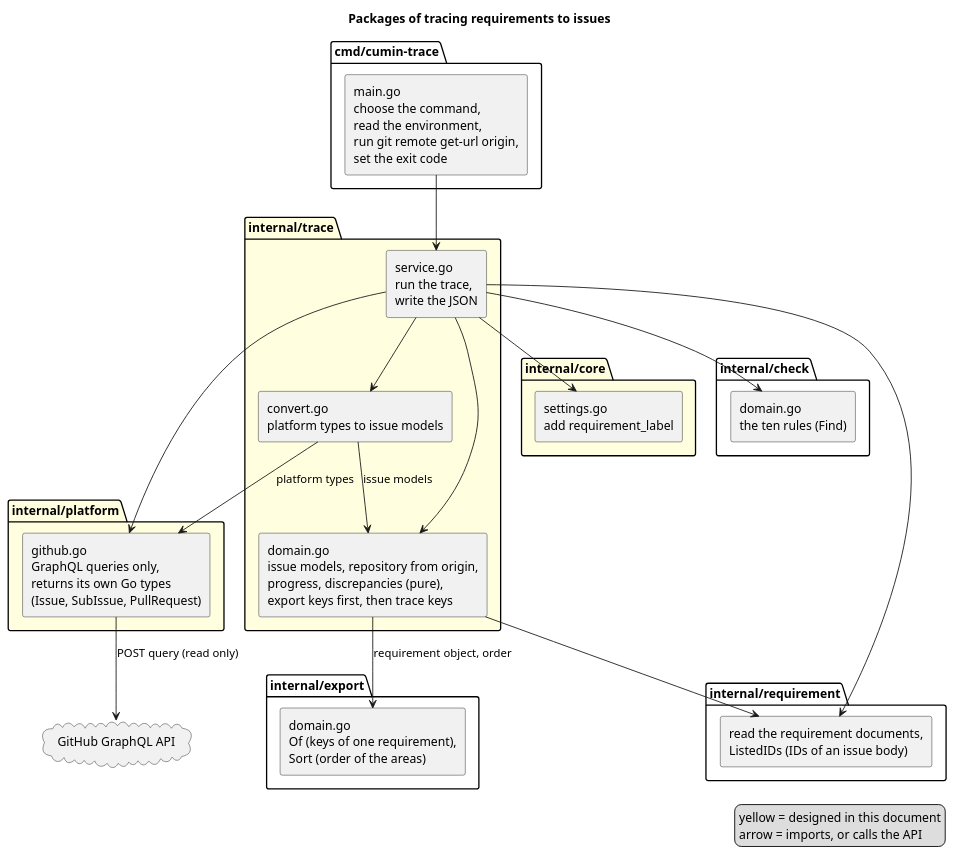
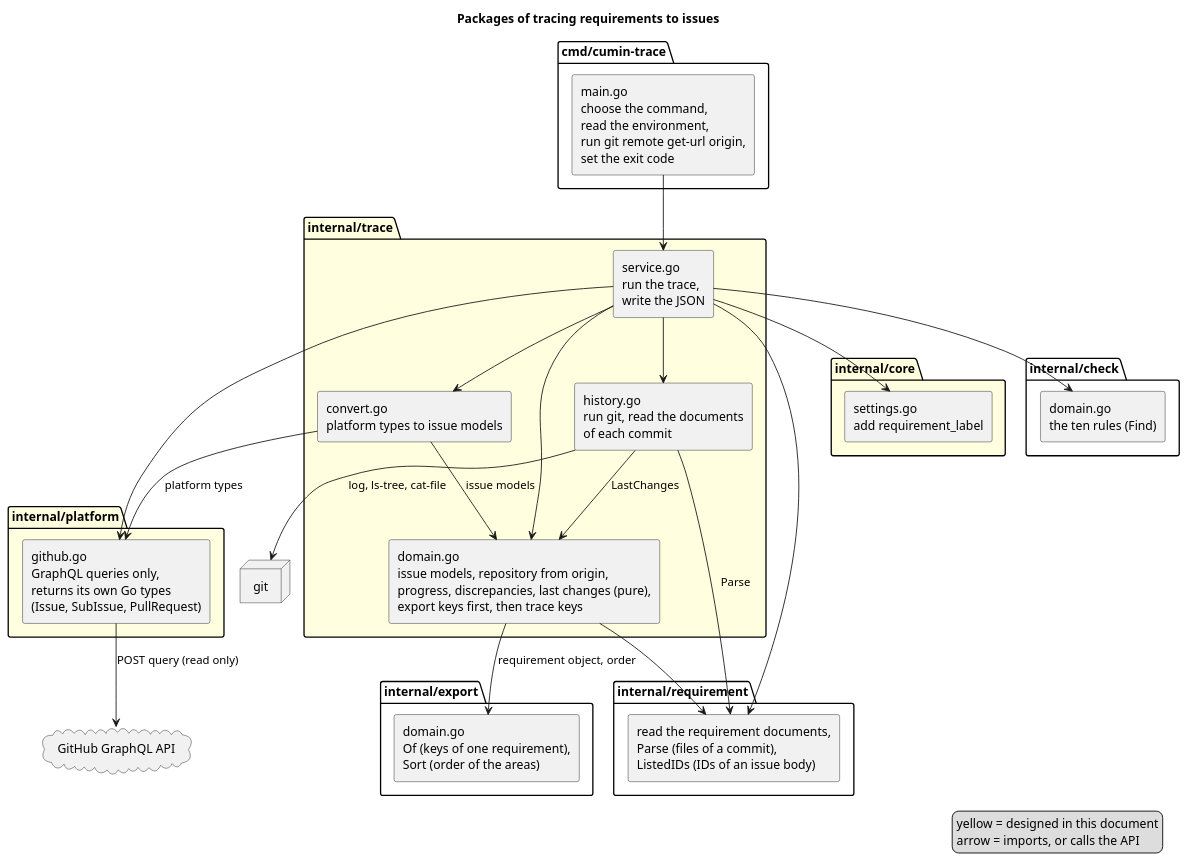
The diagram in docs/ja/designs/trace/trace-packages.puml (cloveclovedev/cumin-trace), drawn with PlantUML before and after one commit. The commit also changed 12 other files, not shown here.

First line of the commit message:
feat(trace): read the time of the last change of each requirement from git (#196)

```diff
--- a/docs/ja/designs/trace/trace-packages.puml
+++ b/docs/ja/designs/trace/trace-packages.puml
@@ -1,55 +1,61 @@
 @startuml trace-packages
 title Packages of tracing requirements to issues
 skinparam shadowing false
 skinparam componentStyle rectangle
 
 package "cmd/cumin-trace" {
   [main.go\nchoose the command,\nread the environment,\nrun git remote get-url origin,\nset the exit code] as main
 }
 
 package "internal/trace" #LightYellow {
   [service.go\nrun the trace,\nwrite the JSON] as service
-  [domain.go\nissue models, repository from origin,\nprogress, discrepancies (pure),\nexport keys first, then trace keys] as rules
+  [domain.go\nissue models, repository from origin,\nprogress, discrepancies, last changes (pure),\nexport keys first, then trace keys] as rules
   [convert.go\nplatform types to issue models] as convert
+  [history.go\nrun git, read the documents\nof each commit] as history
 }
 
 package "internal/platform" #LightYellow {
   [github.go\nGraphQL queries only,\nreturns its own Go types\n(Issue, SubIssue, PullRequest)] as github
 }
 
 package "internal/core" #LightYellow {
   [settings.go\nadd requirement_label] as settings
 }
 
 package "internal/export" {
   [domain.go\nOf (keys of one requirement),\nSort (order of the areas)] as export
 }
 
 package "internal/check" {
   [domain.go\nthe ten rules (Find)] as check
 }
 
 package "internal/requirement" {
-  [read the requirement documents,\nListedIDs (IDs of an issue body)] as requirement
+  [read the requirement documents,\nParse (files of a commit),\nListedIDs (IDs of an issue body)] as requirement
 }
 
 cloud "GitHub GraphQL API" as api
+node "git" as git
 
 main --> service
 service --> settings
 service --> requirement
 service --> check
 service --> rules
 service --> github
 service --> convert
+service --> history
+history --> requirement : Parse
+history --> rules : LastChanges
+history --> git : log, ls-tree, cat-file
 convert --> github : platform types
 convert --> rules : issue models
 rules --> requirement
 rules --> export : requirement object, order
 github --> api : POST query (read only)
 
 legend right
   yellow = designed in this document
   arrow = imports, or calls the API
 endlegend
 @enduml
```
